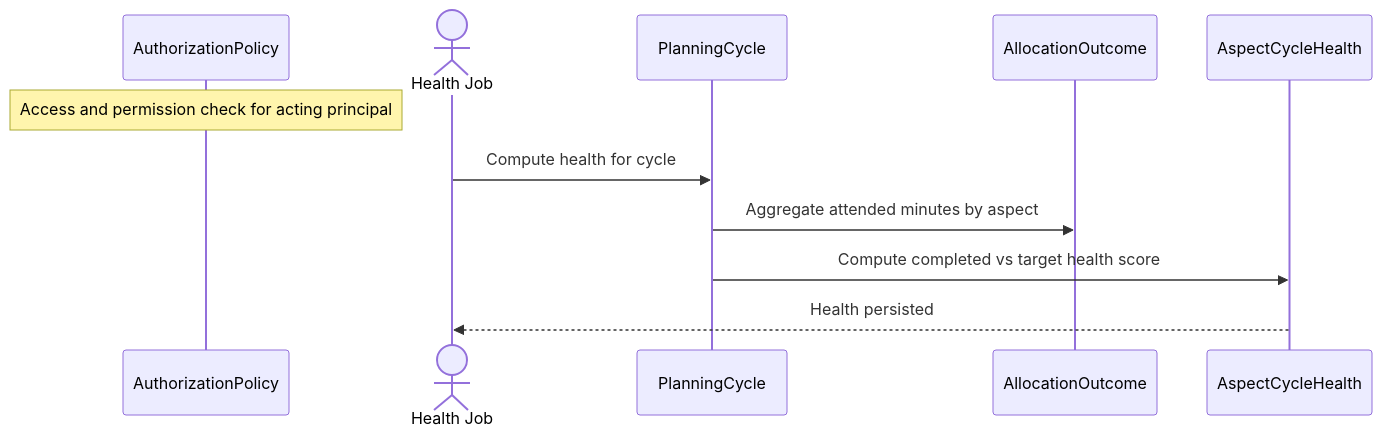
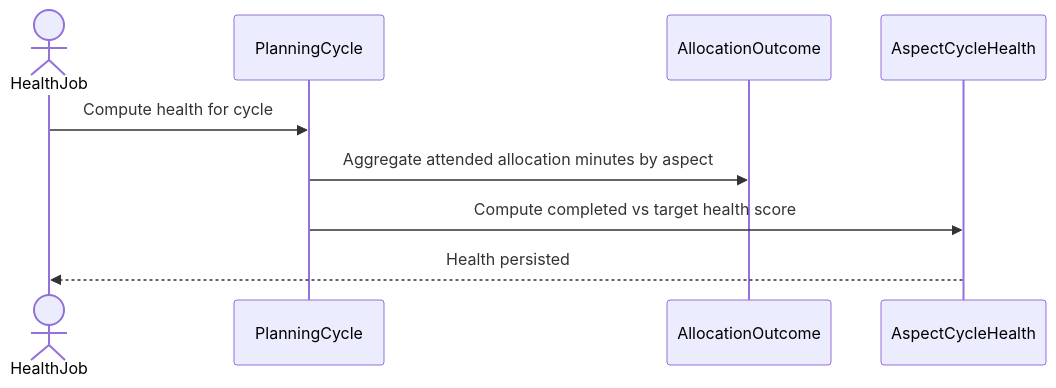
Before and after one commit to ChidiRnweke/margin: the second of 6 diagrams in architecture/sequence-diagrams/05-execution-reminders.md, drawn with Mermaid. The commit also changed other lines of this file and 12 other files, not shown here.

Commit message:
Enhance sequence diagrams and introduce traceability matrix

````diff
--- a/architecture/sequence-diagrams/05-execution-reminders.md
+++ b/architecture/sequence-diagrams/05-execution-reminders.md
@@ -21,13 +33,11 @@
 ```mermaid
 sequenceDiagram
-    participant G as AuthorizationPolicy
-    Note over G: Access and permission check for acting principal
-    actor J as Health Job
+    actor J as HealthJob
     participant C as PlanningCycle
-    participant A as AllocationOutcome
+    participant O as AllocationOutcome
     participant H as AspectCycleHealth
     J->>C: Compute health for cycle
-    C->>A: Aggregate attended minutes by aspect
+    C->>O: Aggregate attended allocation minutes by aspect
     C->>H: Compute completed vs target health score
     H-->>J: Health persisted
 ```
````
